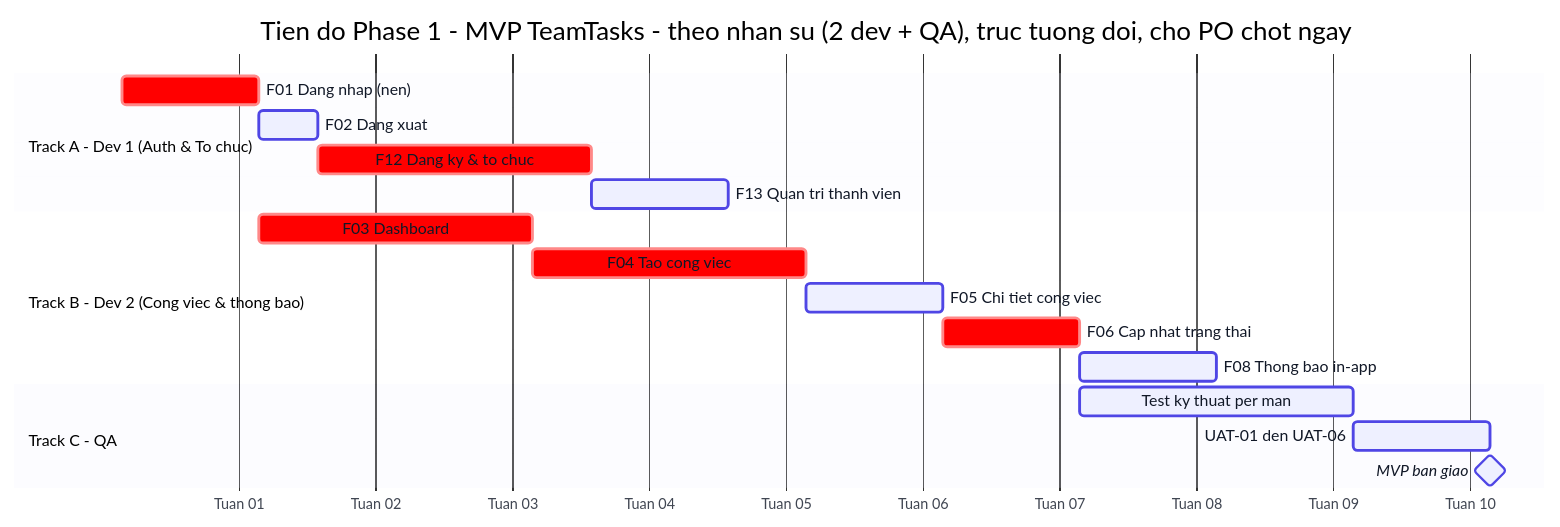
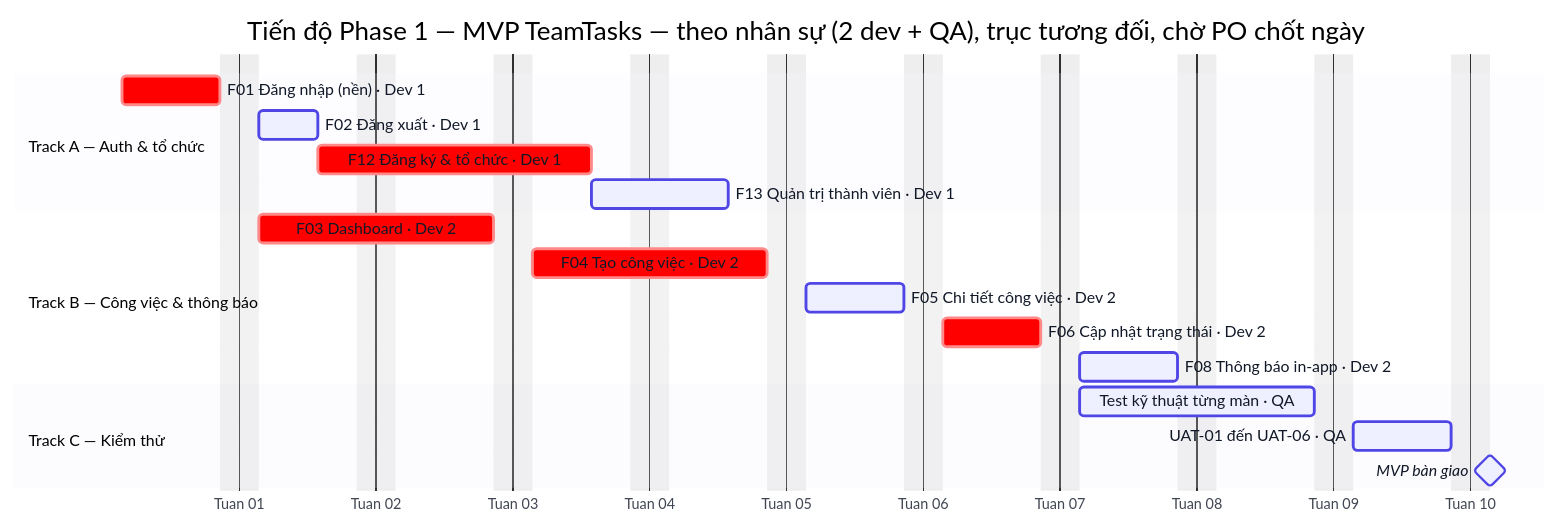
Before and after one commit to nghikc/veriline: the first of 2 diagrams in example/docs/Ho-so/releases/phase-1.md, drawn with Mermaid. The commit also changed other lines of this file and 77 other files, not shown here.

Commit message:
feat(release): dong bo tu repo phat trien — goi Advance, bang chuyen trang thai, check-flow/check-state, gantt, nguon Figma, prototype, tang anh ac-audit-web (xuat tu ceeeac7)

````diff
--- a/example/docs/Ho-so/releases/phase-1.md
+++ b/example/docs/Ho-so/releases/phase-1.md
@@ -38,22 +38,23 @@
 ```mermaid
 %%{init: {'theme':'base','themeVariables':{'primaryColor':'#EEF0FF','primaryBorderColor':'#4F46E5','primaryTextColor':'#111827','taskBkgColor':'#EEF0FF','taskBorderColor':'#4F46E5','activeTaskBkgColor':'#C7CCFF','activeTaskBorderColor':'#4F46E5','doneTaskBkgColor':'#E5E7EB','doneTaskBorderColor':'#6B7280','sectionBkgColor':'#F5F6FF','gridColor':'#D1D5DB'}}}%%
 gantt
-  title Tien do Phase 1 - MVP TeamTasks - theo nhan su (2 dev + QA), truc tuong doi, cho PO chot ngay
+  title Tiến độ Phase 1 — MVP TeamTasks — theo nhân sự (2 dev + QA), trục tương đối, chờ PO chốt ngày
   dateFormat YYYY-MM-DD
   axisFormat Tuan %W
-  section Track A - Dev 1 (Auth & To chuc)
-    F01 Dang nhap (nen)     :crit, f01, 2026-01-05, 1w
-    F02 Dang xuat           :f02, after f01, 3d
-    F12 Dang ky & to chuc   :crit, f12, after f02, 2w
-    F13 Quan tri thanh vien :f13, after f12, 1w
-  section Track B - Dev 2 (Cong viec & thong bao)
-    F03 Dashboard           :crit, f03, after f01, 2w
-    F04 Tao cong viec       :crit, f04, after f03, 2w
-    F05 Chi tiet cong viec  :f05, after f04, 1w
-    F06 Cap nhat trang thai :crit, f06, after f05, 1w
-    F08 Thong bao in-app    :f08, after f06, 1w
-  section Track C - QA
-    Test ky thuat per man   :t_test, after f06, 2w
-    UAT-01 den UAT-06       :t_uat, after t_test, 1w
-    MVP ban giao            :milestone, m1, after t_uat, 0d
+  excludes weekends
+  section Track A — Auth & tổ chức
+    F01 Đăng nhập (nền) · Dev 1     :crit, f01, 2026-01-05, 5d
+    F02 Đăng xuất · Dev 1           :f02, after f01, 3d
+    F12 Đăng ký & tổ chức · Dev 1   :crit, f12, after f02, 10d
+    F13 Quản trị thành viên · Dev 1 :f13, after f12, 5d
+  section Track B — Công việc & thông báo
+    F03 Dashboard · Dev 2           :crit, f03, after f01, 10d
+    F04 Tạo công việc · Dev 2       :crit, f04, after f03, 10d
+    F05 Chi tiết công việc · Dev 2  :f05, after f04, 5d
+    F06 Cập nhật trạng thái · Dev 2 :crit, f06, after f05, 5d
+    F08 Thông báo in-app · Dev 2    :f08, after f06, 5d
+  section Track C — Kiểm thử
+    Test kỹ thuật từng màn · QA     :t_test, after f06, 10d
+    UAT-01 đến UAT-06 · QA          :t_uat, after t_test, 5d
+    MVP bàn giao                    :milestone, m1, after t_uat, 0d
 ```
````
